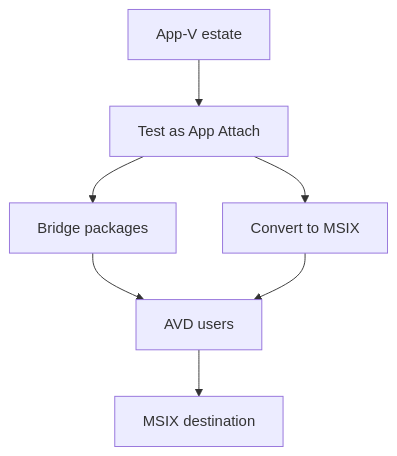
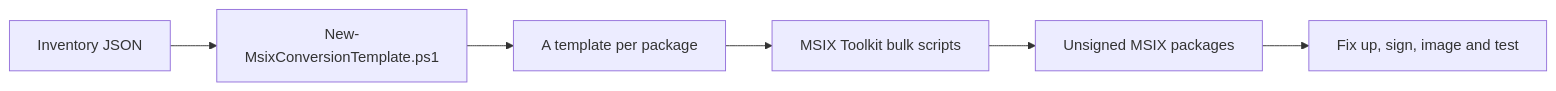
One commit to marckean/AVD-Reference_Architecture changed the diagram in docs/app-attach/from-app-v.md. Above: the diagram before and after it, drawn with Mermaid. The commit also changed other lines of this file and 23 other files, not shown here.

First line of the commit message:
Add App-V to MSIX conversion, skills transfer and troubleshooting guidance

````diff
--- a/docs/app-attach/from-app-v.md
+++ b/docs/app-attach/from-app-v.md
@@ -14,9 +107,8 @@
 ```mermaid
-flowchart TB
-    A["App-V estate"] --> B["Test as App Attach"]
-    B --> C["Bridge packages"]
-    B --> D["Convert to MSIX"]
-    C --> E["AVD users"]
-    D --> E
-    E --> F["MSIX destination"]
+flowchart LR
+    A["Inventory JSON"] --> B["New-MsixConversionTemplate.ps1"]
+    B --> C["A template per package"]
+    C --> D["MSIX Toolkit bulk scripts"]
+    D --> E["Unsigned MSIX packages"]
+    E --> F["Fix up, sign, image and test"]
 ```
````
